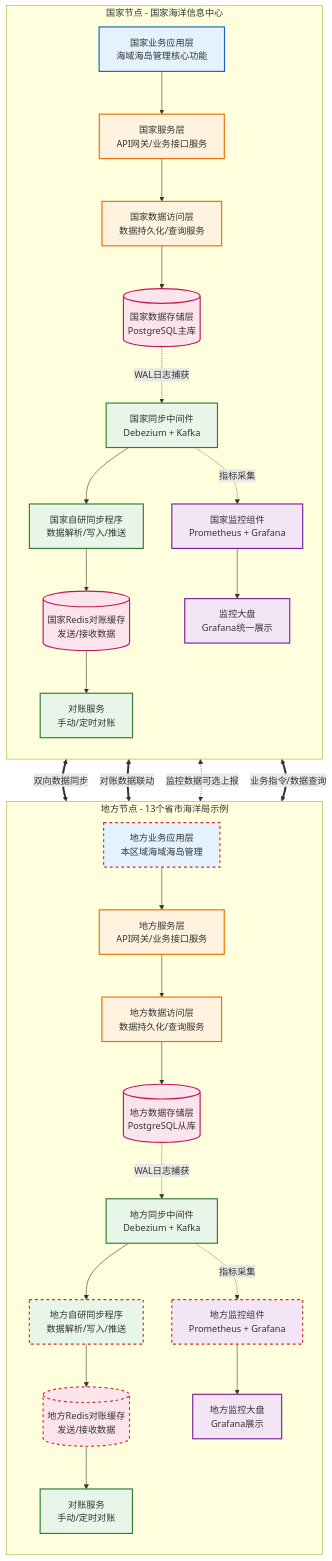
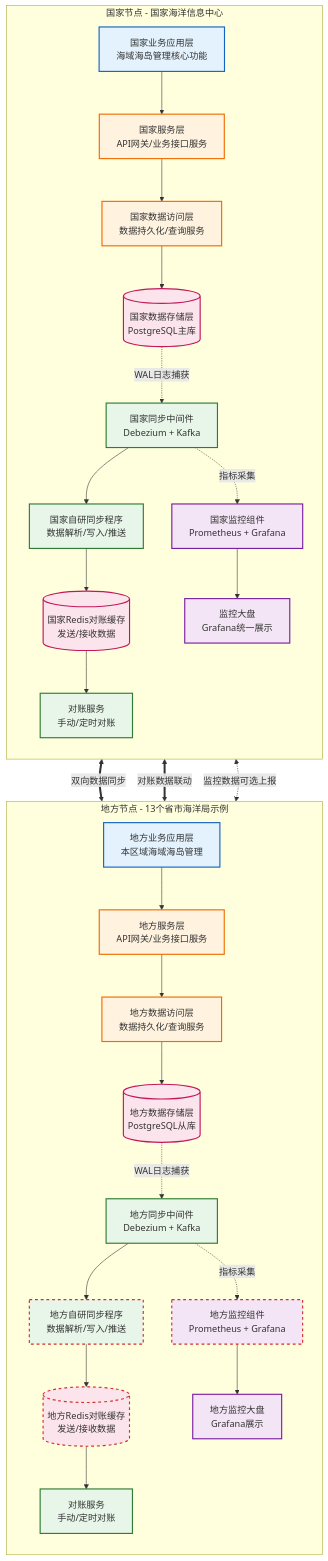
The diagram in all/未命名-1.md (MyJohn2/iodraw-files), drawn with Mermaid before and after one commit.

Commit message:
2026-03-03 18:35:26 update

````diff
--- a/all/未命名-1.md
+++ b/all/未命名-1.md
@@ -1,69 +1,69 @@
 ```mermaid
 flowchart TD
     %% 定义样式
     classDef app fill:#e3f2fd,stroke:#1565c0,stroke-width:2px;
     classDef service fill:#fff3e0,stroke:#ef6c00,stroke-width:2px;
     classDef data fill:#fce4ec,stroke:#c2185b,stroke-width:2px;
     classDef sync fill:#e8f5e9,stroke:#2e7d32,stroke-width:2px;
     classDef monitor fill:#f3e5f5,stroke:#7b1fa2,stroke-width:2px;
     classDef linkLine stroke:#d32f2f,stroke-width:2px,stroke-dasharray: 5 5;
 
     %% 国家节点 - 修复了标题括号问题
     subgraph NationNode [国家节点 - 国家海洋信息中心]
         direction TB
         A1[国家业务应用层<br/>海域海岛管理核心功能]:::app
         B1[国家服务层<br/>API网关/业务接口服务]:::service
         C1[国家数据访问层<br/>数据持久化/查询服务]:::service
         D1[(国家数据存储层<br/>PostgreSQL主库)]:::data
         E1[国家同步中间件<br/>Debezium + Kafka]:::sync
         F1[国家自研同步程序<br/>数据解析/写入/推送]:::sync
         G1[(国家Redis对账缓存<br/>发送/接收数据)]:::data
         H1[国家监控组件<br/>Prometheus + Grafana]:::monitor
         I1[对账服务<br/>手动/定时对账]:::sync
         J1[监控大盘<br/>Grafana统一展示]:::monitor
 
         A1 --> B1
         B1 --> C1
         C1 --> D1
         D1 -.->|WAL日志捕获 | E1
         E1 --> F1
         F1 --> G1
         E1 -.->|指标采集 | H1
         G1 --> I1
         H1 --> J1
     end
     
     %% 地方节点 - 修复了标题括号问题
     subgraph LocalNode [地方节点 - 13个省市海洋局示例]
         direction TB
         A2[地方业务应用层<br/>本区域海域海岛管理]:::app
         B2[地方服务层<br/>API网关/业务接口服务]:::service
         C2[地方数据访问层<br/>数据持久化/查询服务]:::service
         D2[(地方数据存储层<br/>PostgreSQL从库)]:::data
         E2[地方同步中间件<br/>Debezium + Kafka]:::sync
         F2[地方自研同步程序<br/>数据解析/写入/推送]:::sync
         G2[(地方Redis对账缓存<br/>发送/接收数据)]:::data
         H2[地方监控组件<br/>Prometheus + Grafana]:::monitor
         I2[对账服务<br/>手动/定时对账]:::sync
         J2[地方监控大盘<br/>Grafana展示]:::monitor
 
         A2 --> B2
         B2 --> C2
         C2 --> D2
         D2 -.->|WAL日志捕获 | E2
         E2 --> F2
         F2 --> G2
         E2 -.->|指标采集 | H2
         G2 --> I2
         H2 --> J2
     end
     
     %% 跨节点交互
     F1 <==>|双向数据同步 | F2:::linkLine
     G1 <==>|对账数据联动 | G2:::linkLine
     H1 <-.->|监控数据可选上报 | H2:::linkLine
-    A1 <==>|业务指令/数据查询 | A2:::linkLine
+
 
 
 
 ```
````
